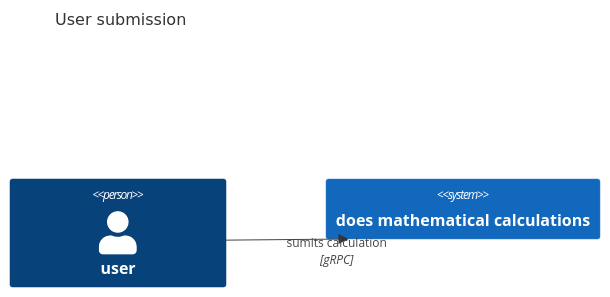
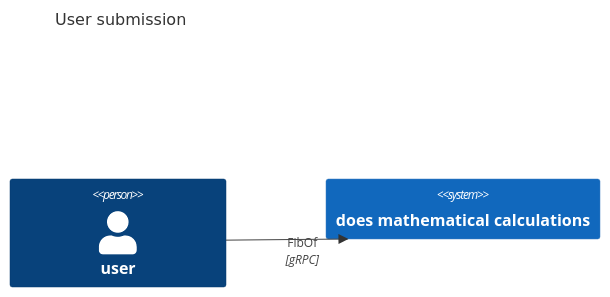
One commit to vickleford/calculator changed the first of 3 diagrams in README.md. Above: the diagram before and after it, drawn with Mermaid. The commit also changed other lines of this file, not shown here.

````diff
--- a/README.md
+++ b/README.md
@@ -9,8 +9,8 @@
 ```mermaid
 C4Context
 title User submission
 
 Person(actor, "user")
 System(calculator, "does mathematical calculations")
-Rel(actor, calculator, "sumits calculation", "gRPC")
+Rel(actor, calculator, "FibOf", "gRPC")
 ```
````
